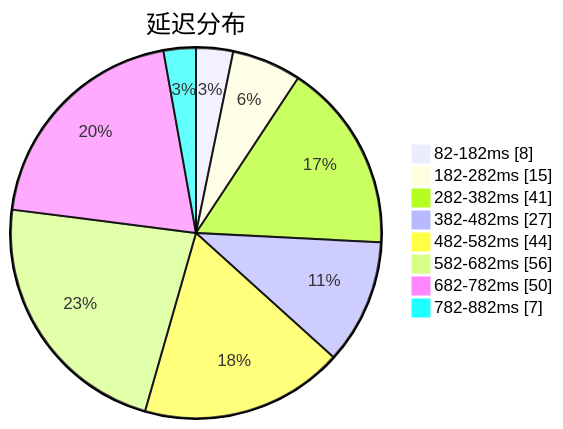
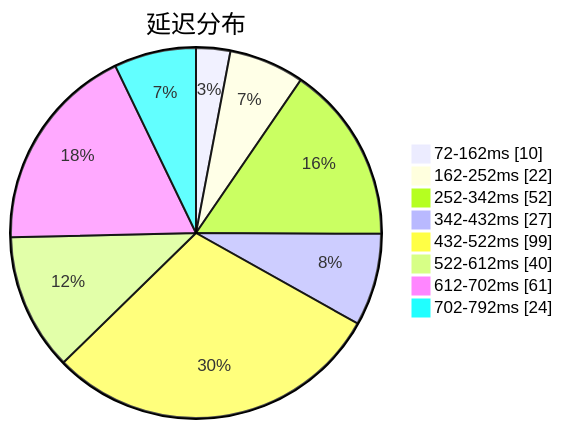
Before and after one commit to sinspired/airport: the first of 3 diagrams in subs/statistics/tested_within.md, drawn with Mermaid. The commit also changed other lines of this file and 2 other files, not shown here.

````diff
--- a/subs/statistics/tested_within.md
+++ b/subs/statistics/tested_within.md
@@ -2,12 +2,12 @@
 ```mermaid
 pie showData
 title 延迟分布
-"82-182ms" : 8
-"182-282ms" : 15
-"282-382ms" : 41
-"382-482ms" : 27
-"482-582ms" : 44
-"582-682ms" : 56
-"682-782ms" : 50
-"782-882ms" : 7
+"72-162ms" : 10
+"162-252ms" : 22
+"252-342ms" : 52
+"342-432ms" : 27
+"432-522ms" : 99
+"522-612ms" : 40
+"612-702ms" : 61
+"702-792ms" : 24
 ```
````
